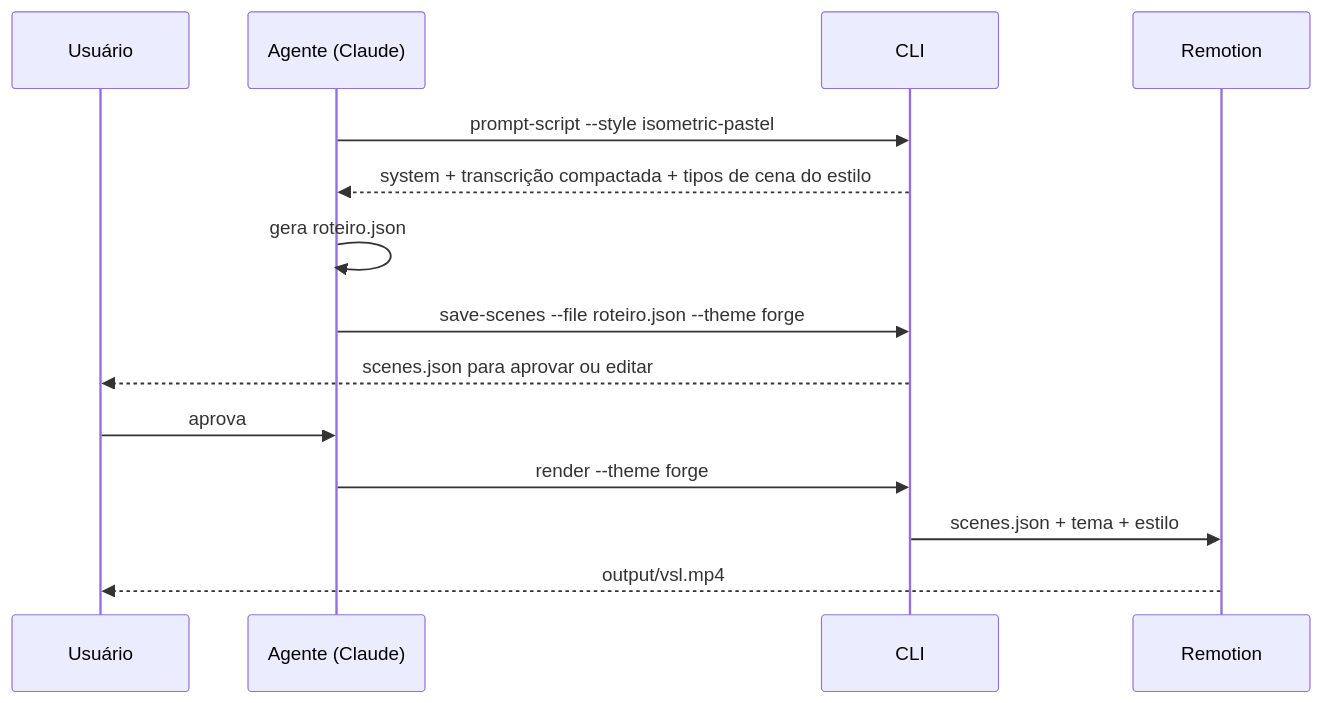
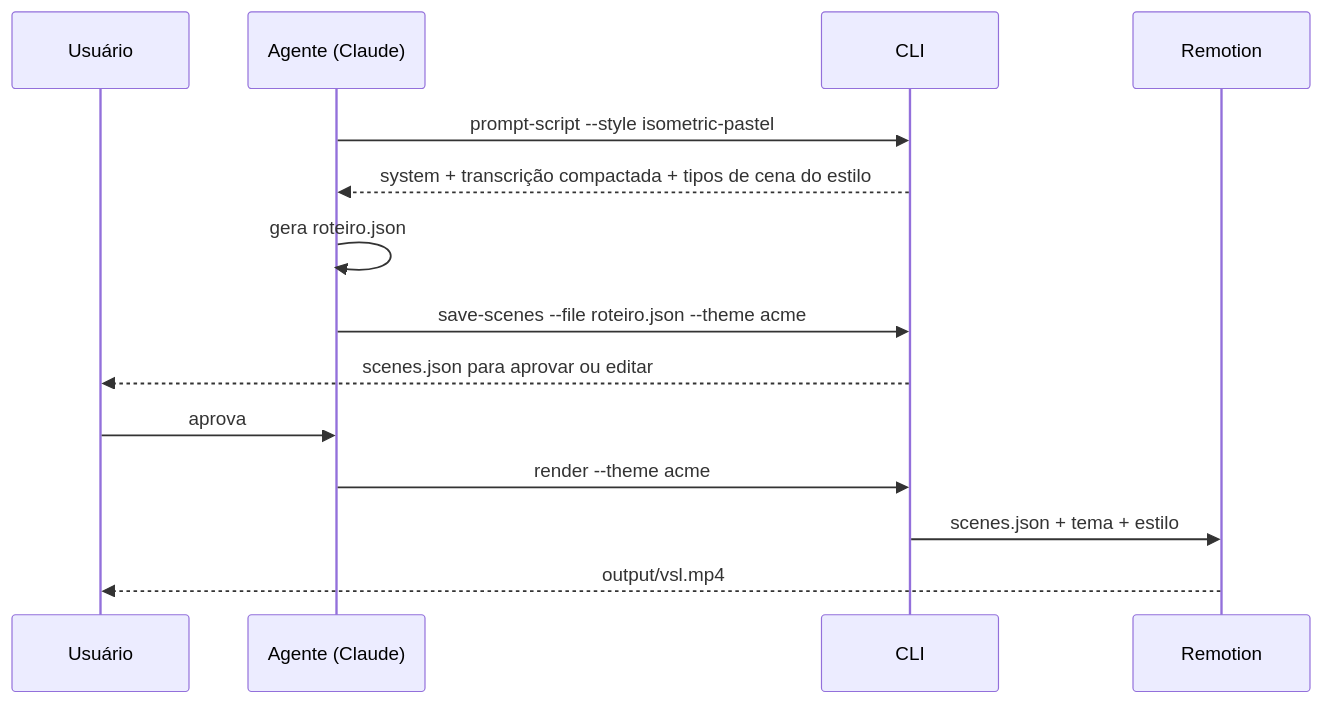
Before and after one commit to nathanramorim/reel-studio: the second of 2 diagrams in sdd/spec/flows.md, drawn with Mermaid. The commit also changed other lines of this file and 46 other files, not shown here.

````diff
--- a/sdd/spec/flows.md
+++ b/sdd/spec/flows.md
@@ -22,16 +22,16 @@
 ```mermaid
 sequenceDiagram
   participant U as Usuário
   participant A as Agente (Claude)
   participant C as CLI
   participant R as Remotion
   A->>C: prompt-script --style isometric-pastel
   C-->>A: system + transcrição compactada + tipos de cena do estilo
   A->>A: gera roteiro.json
-  A->>C: save-scenes --file roteiro.json --theme forge
+  A->>C: save-scenes --file roteiro.json --theme acme
   C-->>U: scenes.json para aprovar ou editar
   U->>A: aprova
-  A->>C: render --theme forge
+  A->>C: render --theme acme
   C->>R: scenes.json + tema + estilo
   R-->>U: output/vsl.mp4
 ```
````
